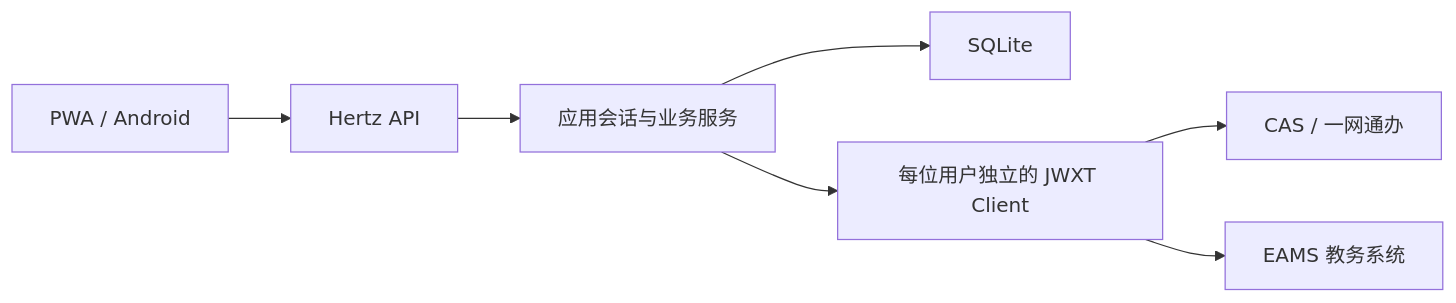
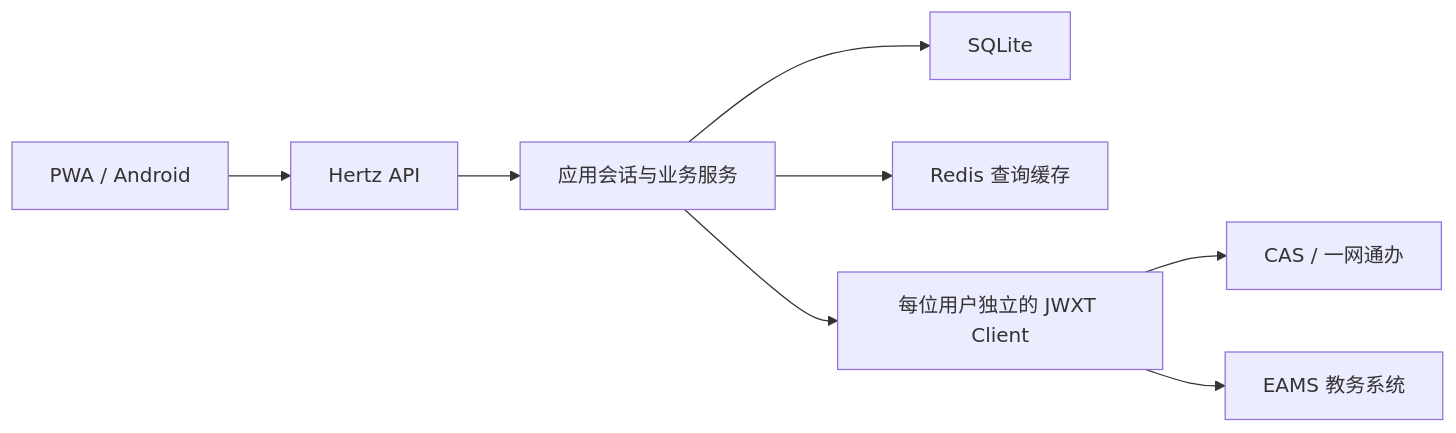
The diagram in README.md (shajinhui/cuit-server), drawn with Mermaid before and after one commit. The commit also changed other lines of this file and 32 other files, not shown here.

````diff
--- a/README.md
+++ b/README.md
@@ -35,9 +36,10 @@
 ```mermaid
 flowchart LR
     User["PWA / Android"] --> API["Hertz API"]
     API --> Session["应用会话与业务服务"]
     Session --> SQLite["SQLite"]
+    Session --> Redis["Redis 查询缓存"]
     Session --> Client["每位用户独立的 JWXT Client"]
     Client --> CAS["CAS / 一网通办"]
     Client --> EAMS["EAMS 教务系统"]
 ```
````
